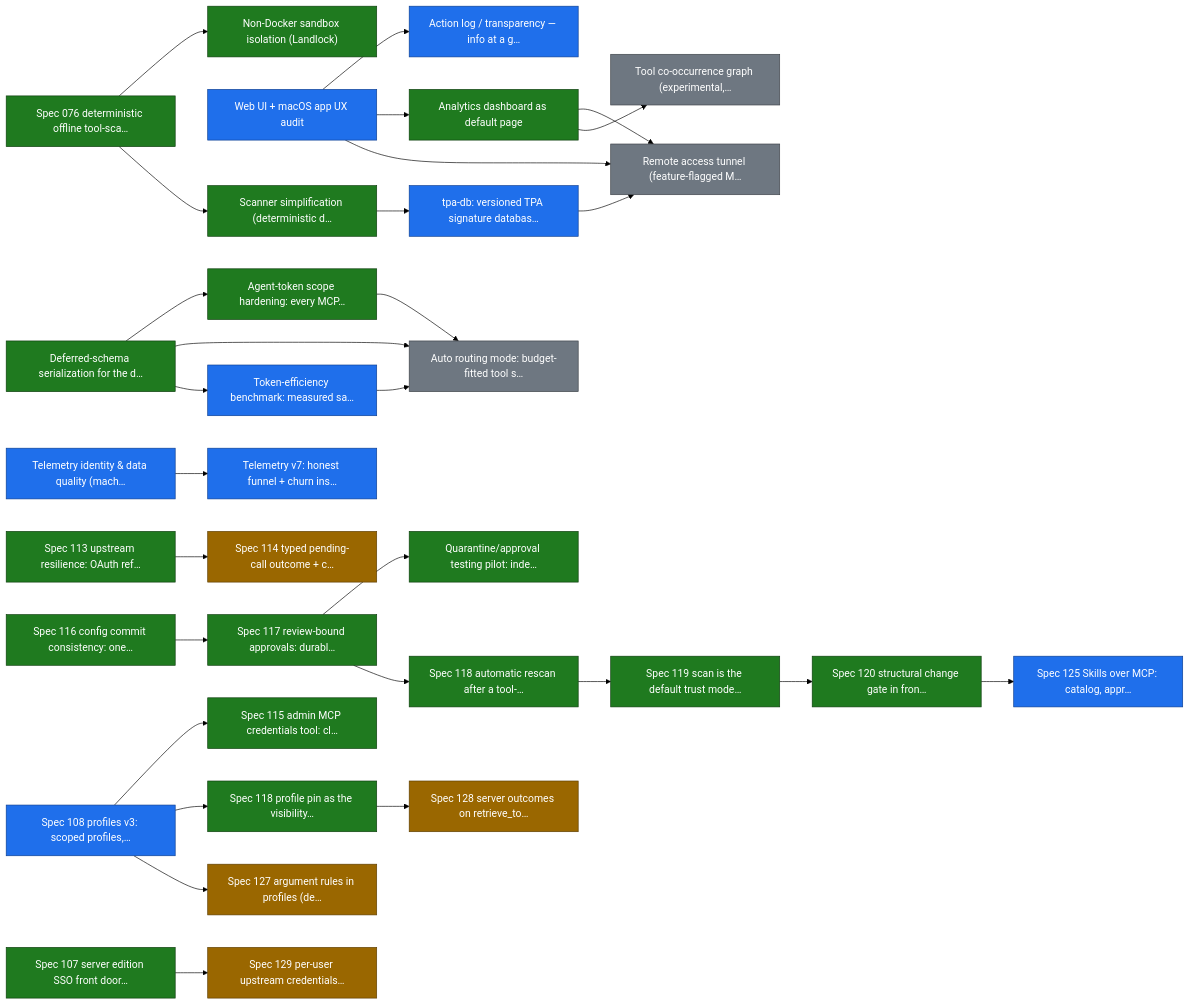
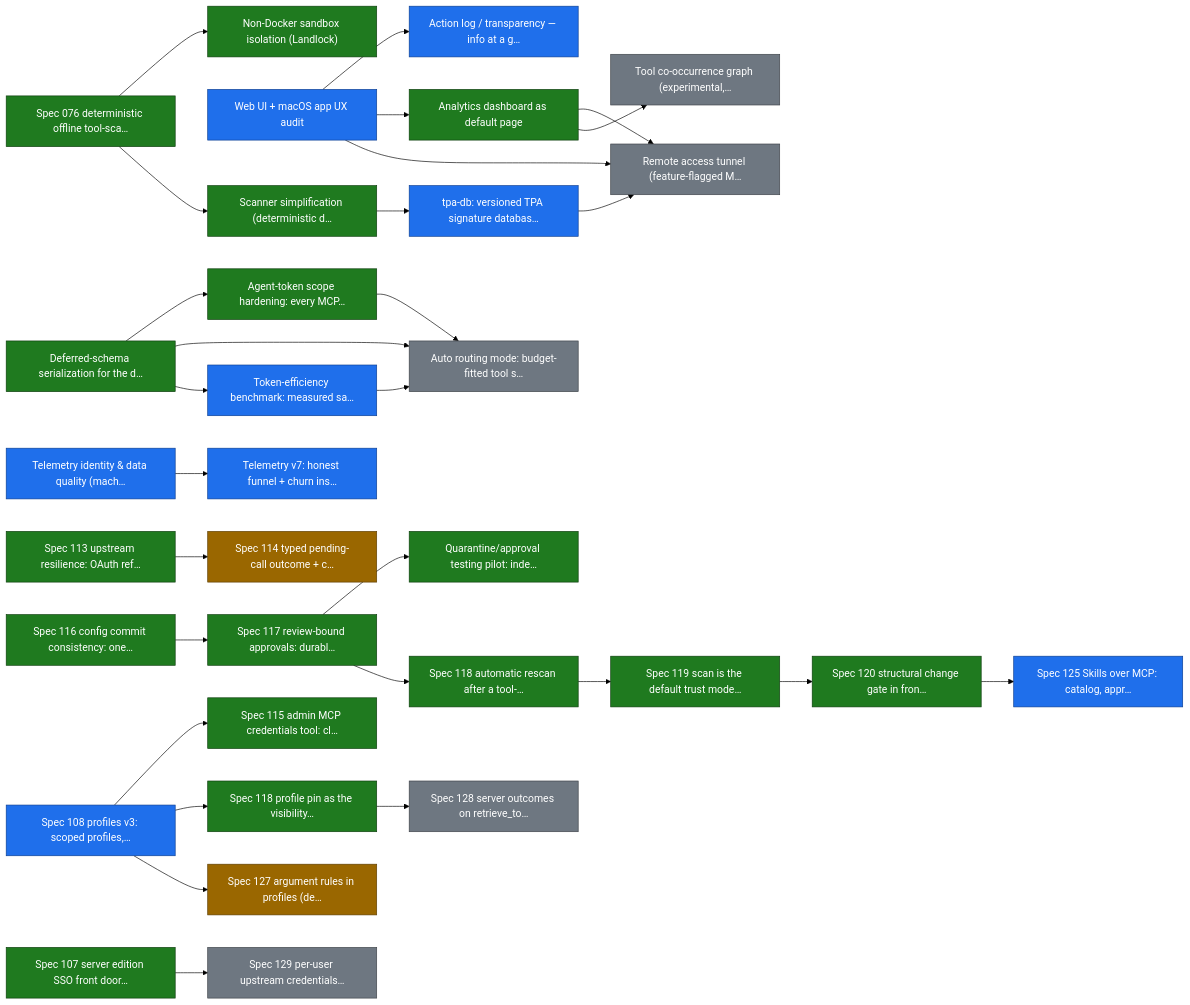
One commit to smart-mcp-proxy/mcpproxy-go changed the first of 31 diagrams in ROADMAP.md. Above: the diagram before and after it, drawn with Mermaid (forest theme). The commit also changed other lines of this file and 1 other file, not shown here.

````diff
--- a/ROADMAP.md
+++ b/ROADMAP.md
@@ -36,71 +36,71 @@
 ```mermaid
 graph LR
   sandbox_isolation["Non-Docker sandbox isolation (Landlock)"]
   scanner_v2["Spec 076 deterministic offline tool-sca…"]
   ux_audit["Web UI + macOS app UX audit"]
   action_log_transparency["Action log / transparency — info at a g…"]
   analytics_dashboard["Analytics dashboard as default page"]
   scanner_simplification["Scanner simplification (deterministic d…"]
   tpa_db["tpa-db: versioned TPA signature databas…"]
   remote_access_tunnel["Remote access tunnel (feature-flagged M…"]
   schema_deferred["Deferred-schema serialization for the d…"]
   agent_scope_hardening["Agent-token scope hardening: every MCP…"]
   auto_routing_mode["Auto routing mode: budget-fitted tool s…"]
   token_bench["Token-efficiency benchmark: measured sa…"]
   tool_graph["Tool co-occurrence graph (experimental,…"]
   telemetry_identity["Telemetry identity & data quality (mach…"]
   telemetry_v7_churn["Telemetry v7: honest funnel + churn ins…"]
   sso["Spec 107 server edition SSO front door…"]
   profiles_v3["Spec 108 profiles v3: scoped profiles,…"]
   upstream_resilience["Spec 113 upstream resilience: OAuth ref…"]
   pending_call_outcome["Spec 114 typed pending-call outcome + c…"]
   mcp_credential_lifecycle["Spec 115 admin MCP credentials tool: cl…"]
   config_commit_consistency["Spec 116 config commit consistency: one…"]
   review_bound_approvals["Spec 117 review-bound approvals: durabl…"]
   quarantine_approval_pilot["Quarantine/approval testing pilot: inde…"]
   auto_rescan_on_change["Spec 118 automatic rescan after a tool-…"]
   pin_visibility_boundary["Spec 118 profile pin as the visibility…"]
   scan_default_trust["Spec 119 scan is the default trust mode…"]
   scan_structural_gate["Spec 120 structural change gate in fron…"]
   skills_over_mcp["Spec 125 Skills over MCP: catalog, appr…"]
   profile_argument_rules["Spec 127 argument rules in profiles (de…"]
   server_list_outcomes["Spec 128 server outcomes on retrieve_to…"]
   per_user_upstream_credentials["Spec 129 per-user upstream credentials…"]
 
   scanner_v2 --> sandbox_isolation
   ux_audit --> action_log_transparency
   ux_audit --> analytics_dashboard
   scanner_v2 --> scanner_simplification
   scanner_simplification --> tpa_db
   tpa_db --> remote_access_tunnel
   ux_audit --> remote_access_tunnel
   analytics_dashboard --> remote_access_tunnel
   schema_deferred --> agent_scope_hardening
   agent_scope_hardening --> auto_routing_mode
   schema_deferred --> auto_routing_mode
   token_bench --> auto_routing_mode
   schema_deferred --> token_bench
   analytics_dashboard --> tool_graph
   telemetry_identity --> telemetry_v7_churn
   upstream_resilience --> pending_call_outcome
   profiles_v3 --> mcp_credential_lifecycle
   config_commit_consistency --> review_bound_approvals
   review_bound_approvals --> quarantine_approval_pilot
   review_bound_approvals --> auto_rescan_on_change
   profiles_v3 --> pin_visibility_boundary
   auto_rescan_on_change --> scan_default_trust
   scan_default_trust --> scan_structural_gate
   scan_structural_gate --> skills_over_mcp
   profiles_v3 --> profile_argument_rules
   pin_visibility_boundary --> server_list_outcomes
   sso --> per_user_upstream_credentials
 
   classDef done fill:#1f7a1f,stroke:#0d3d0d,color:#ffffff;
   classDef in_progress fill:#1f6feb,stroke:#0b3d91,color:#ffffff;
   classDef in_review fill:#9a6700,stroke:#5c3d00,color:#ffffff;
   classDef todo fill:#6e7781,stroke:#3d4248,color:#ffffff;
   class sandbox_isolation,scanner_v2,analytics_dashboard,scanner_simplification,schema_deferred,agent_scope_hardening,sso,upstream_resilience,mcp_credential_lifecycle,config_commit_consistency,review_bound_approvals,quarantine_approval_pilot,auto_rescan_on_change,pin_visibility_boundary,scan_default_trust,scan_structural_gate done;
   class ux_audit,action_log_transparency,tpa_db,token_bench,telemetry_identity,telemetry_v7_churn,profiles_v3,skills_over_mcp in_progress;
-  class pending_call_outcome,profile_argument_rules,server_list_outcomes,per_user_upstream_credentials in_review;
-  class remote_access_tunnel,auto_routing_mode,tool_graph todo;
+  class pending_call_outcome,profile_argument_rules in_review;
+  class remote_access_tunnel,auto_routing_mode,tool_graph,server_list_outcomes,per_user_upstream_credentials todo;
 ```
````
